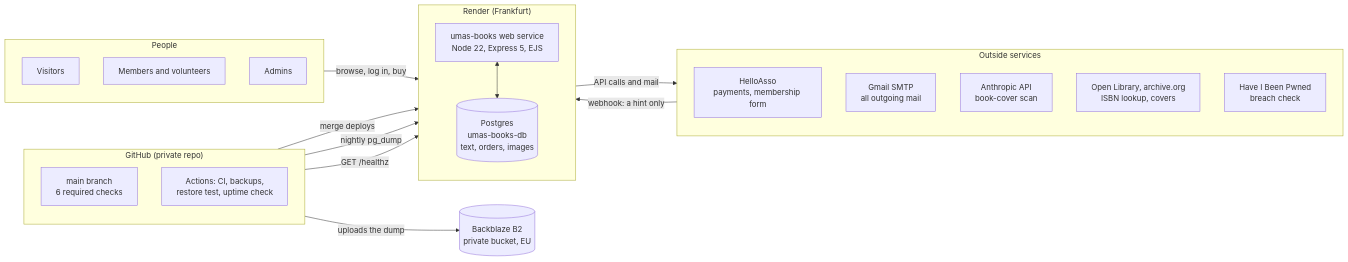
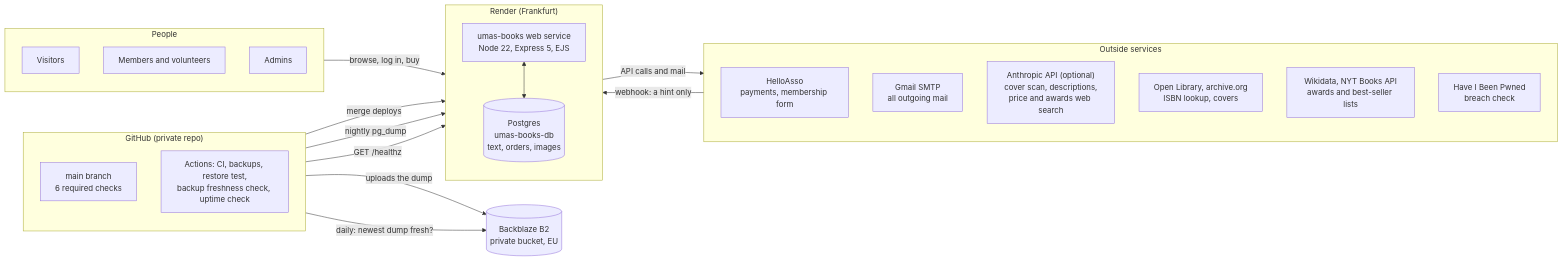
One commit to umasbooksadmin/umasbookswebsite changed the first of 15 diagrams in docs/architecture.md. Above: the diagram before and after it, drawn with Mermaid. The commit also changed other lines of this file, not shown here.

Commit message:
Docs: refresh architecture overview for pricing, awards, reports, requests, French, preview mode, backups

````diff
--- a/docs/architecture.md
+++ b/docs/architecture.md
@@ -38,41 +39,43 @@
 ```mermaid
 flowchart LR
   subgraph People
     direction TB
     V[Visitors]
     M[Members and volunteers]
     A[Admins]
   end
 
   subgraph Render["Render (Frankfurt)"]
     direction TB
     W["umas-books web service<br/>Node 22, Express 5, EJS"]
     DB[("Postgres<br/>umas-books-db<br/>text, orders, images")]
     W <--> DB
   end
 
   subgraph External["Outside services"]
     direction TB
     HA["HelloAsso<br/>payments, membership form"]
     GM["Gmail SMTP<br/>all outgoing mail"]
-    AN["Anthropic API<br/>book-cover scan"]
+    AN["Anthropic API (optional)<br/>cover scan, descriptions,<br/>price and awards web search"]
     OL["Open Library, archive.org<br/>ISBN lookup, covers"]
+    WD["Wikidata, NYT Books API<br/>awards and best-seller lists"]
     PW["Have I Been Pwned<br/>breach check"]
   end
 
   subgraph GitHub["GitHub (private repo)"]
     direction TB
     REPO["main branch<br/>6 required checks"]
-    ACT["Actions: CI, backups,<br/>restore test, uptime check"]
+    ACT["Actions: CI, backups, restore test,<br/>backup freshness check, uptime check"]
   end
 
   OFF[("Backblaze B2<br/>private bucket, EU")]
 
   People -->|"browse, log in, buy"| W
   W -->|"API calls and mail"| External
   HA -->|"webhook: a hint only"| W
   REPO -->|"merge deploys"| W
   ACT -->|"nightly pg_dump"| DB
   ACT -->|"GET /healthz"| W
   ACT -->|"uploads the dump"| OFF
+  ACT -->|"daily: newest dump fresh?"| OFF
 ```
````
